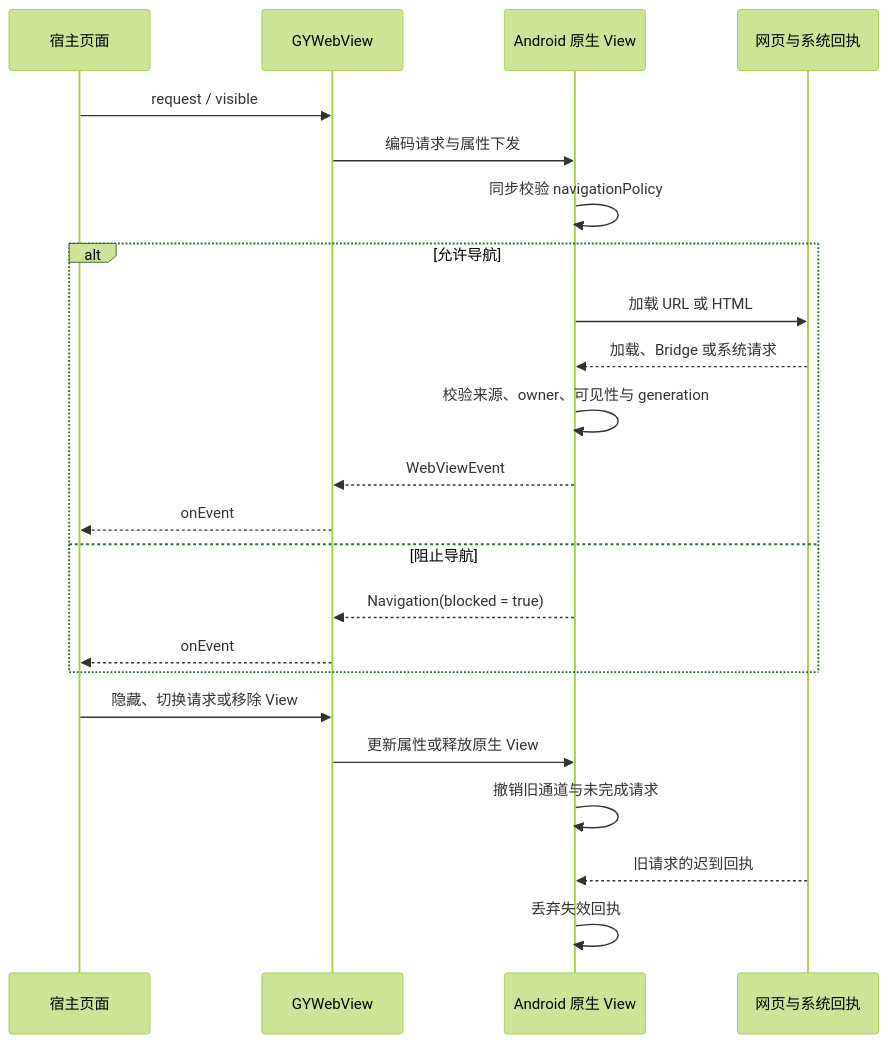
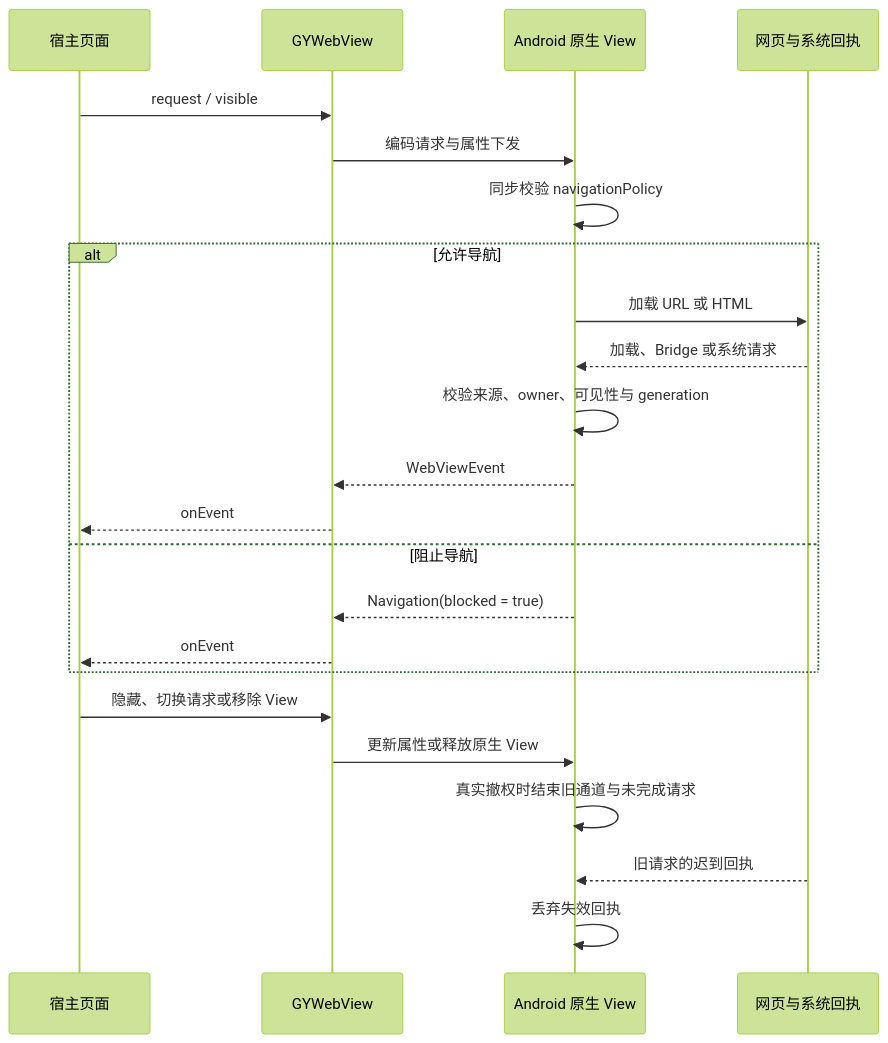
One commit to gycrosskit/compose-webview changed the second of 3 diagrams in README.md. Above: the diagram before and after it, drawn with Mermaid (forest theme). The commit also changed other lines of this file and 29 other files, not shown here.

````diff
--- a/README.md
+++ b/README.md
@@ -39,25 +39,25 @@
 ```mermaid
 sequenceDiagram
     participant Host as 宿主页面
     participant View as GYWebView
     participant Native as Android 原生 View
     participant Web as 网页与系统回执
     Host->>View: request / visible
     View->>Native: 编码请求与属性下发
     Native->>Native: 同步校验 navigationPolicy
     alt 允许导航
         Native->>Web: 加载 URL 或 HTML
         Web-->>Native: 加载、Bridge 或系统请求
         Native->>Native: 校验来源、owner、可见性与 generation
         Native-->>View: WebViewEvent
         View-->>Host: onEvent
     else 阻止导航
         Native-->>View: Navigation(blocked = true)
         View-->>Host: onEvent
     end
     Host->>View: 隐藏、切换请求或移除 View
     View->>Native: 更新属性或释放原生 View
-    Native->>Native: 撤销旧通道与未完成请求
+    Native->>Native: 真实撤权时结束旧通道与未完成请求
     Web-->>Native: 旧请求的迟到回执
     Native->>Native: 丢弃失效回执
 ```
````
